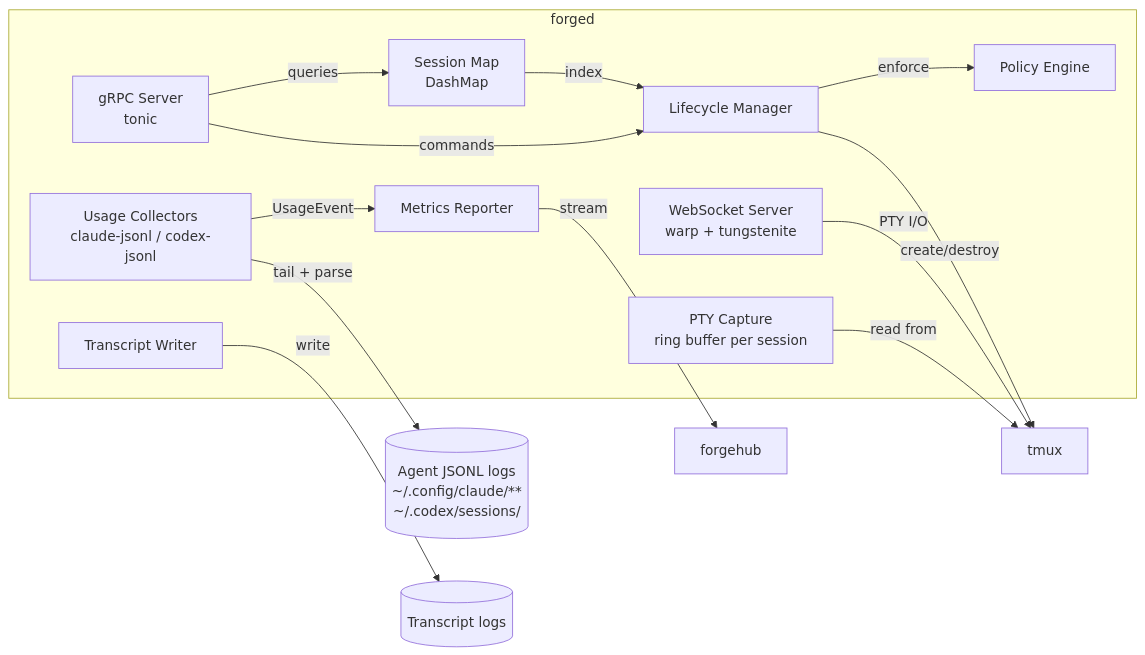
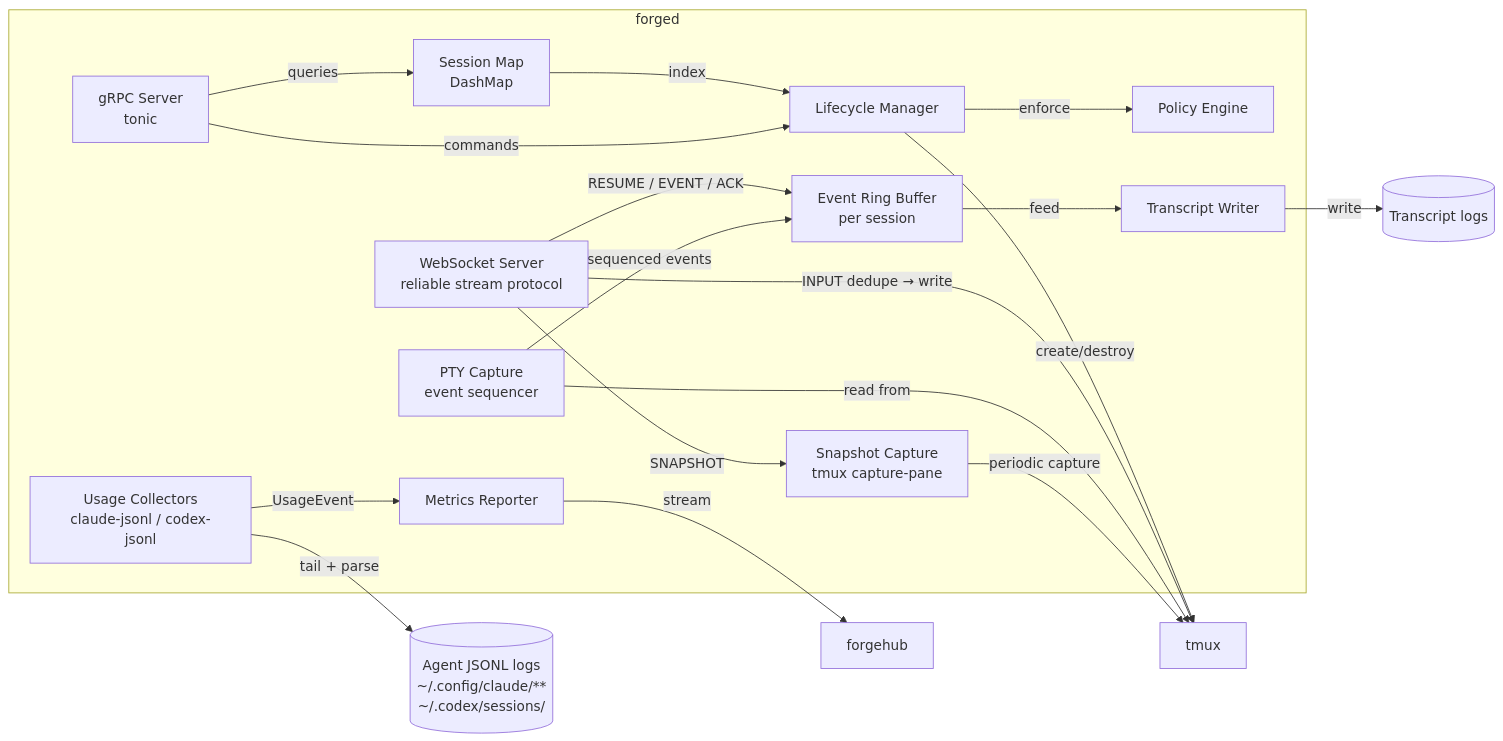
The fourth of 13 diagrams in docs/specs/design.md (jonochang/forgemux), drawn with Mermaid before and after one commit. The commit also changed other lines of this file and 1 other file, not shown here.

Commit message:
update design and roadmap to improve reliability of connections

````diff
--- a/docs/specs/design.md
+++ b/docs/specs/design.md
@@ -396,26 +393,33 @@
 ```mermaid
 graph LR
     subgraph forged
         LM[Lifecycle Manager]
         SM[Session Map<br/>DashMap]
-        WS[WebSocket Server<br/>warp + tungstenite]
+        WS[WebSocket Server<br/>reliable stream protocol]
         GRPC[gRPC Server<br/>tonic]
-        PC[PTY Capture<br/>ring buffer per session]
+        PC[PTY Capture<br/>event sequencer]
+        RB[Event Ring Buffer<br/>per session]
+        SS[Snapshot Capture<br/>tmux capture-pane]
         UC[Usage Collectors<br/>claude-jsonl / codex-jsonl]
         PE[Policy Engine]
         TR[Transcript Writer]
         MR[Metrics Reporter]
     end
 
     LM -->|create/destroy| TMUX[tmux]
     LM -->|enforce| PE
     SM -->|index| LM
-    WS -->|PTY I/O| TMUX
+    WS -->|RESUME / EVENT / ACK| RB
+    WS -->|SNAPSHOT| SS
+    WS -->|INPUT dedupe → write| TMUX
     PC -->|read from| TMUX
+    PC -->|sequenced events| RB
+    SS -->|periodic capture| TMUX
+    RB -->|feed| TR
     UC -->|tail + parse| Logs[(Agent JSONL logs<br/>~/.config/claude/**<br/>~/.codex/sessions/)]
     UC -->|UsageEvent| MR
     TR -->|write| Disk[(Transcript logs)]
     MR -->|stream| Hub[forgehub]
     GRPC -->|commands| LM
     GRPC -->|queries| SM
 ```
````
